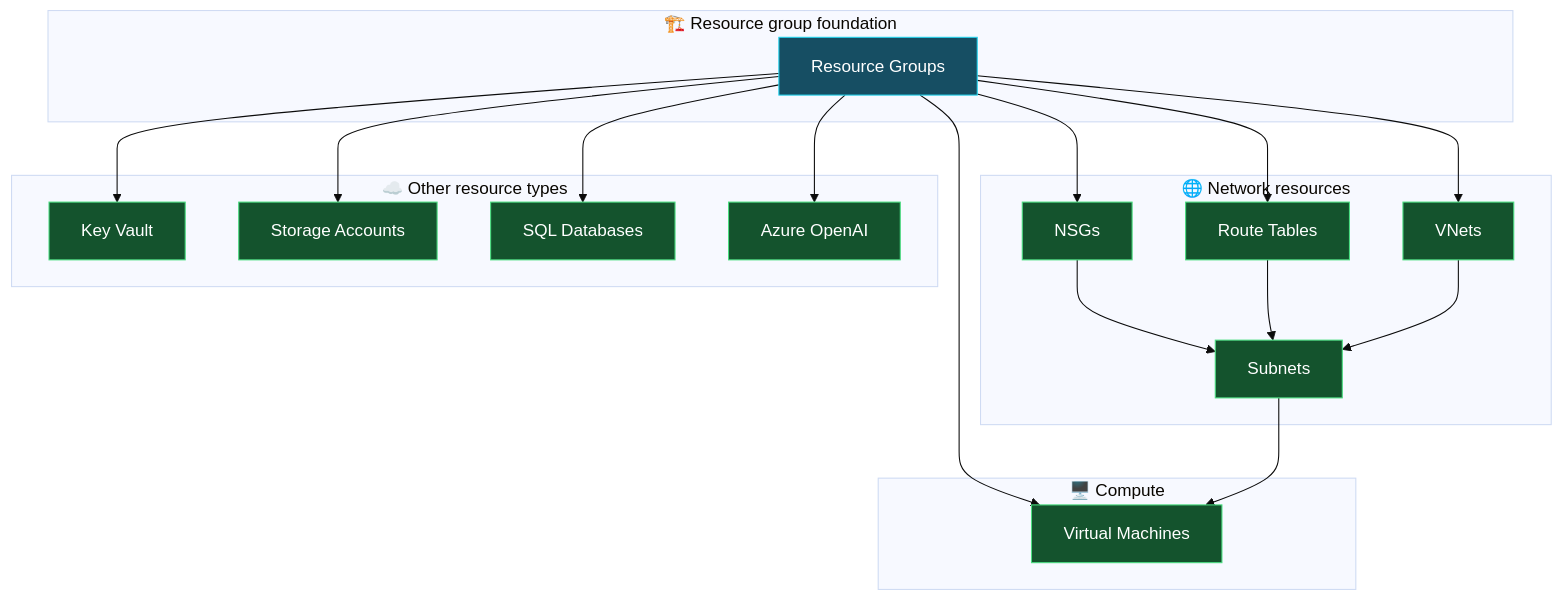
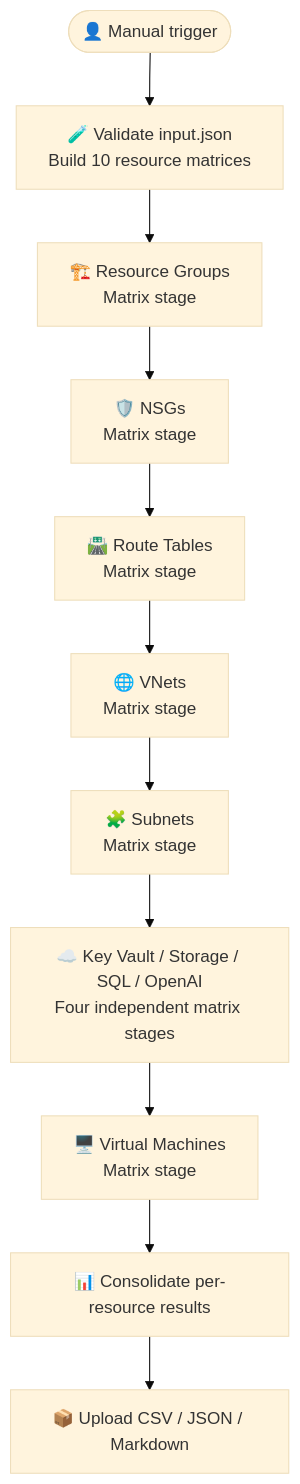
The second of 2 diagrams in README.md (PROMETHEUS-N/BIFROST), drawn with Mermaid (base theme) before and after one commit. The commit also changed other lines of this file, not shown here.

Commit message:
Document staged matrix deployment workflow

````diff
--- a/README.md
+++ b/README.md
@@ -165,42 +104,18 @@
 ```mermaid
 flowchart TD
-    subgraph BASE["🏗️ Resource group foundation"]
-        RG["Resource Groups"]
-    end
+    START(["👤 Manual trigger"])
+    PREP["🧪 Validate input.json<br/>Build 10 resource matrices"]
+    RG["🏗️ Resource Groups<br/>Matrix stage"]
+    NSG["🛡️ NSGs<br/>Matrix stage"]
+    RT["🛣️ Route Tables<br/>Matrix stage"]
+    VNET["🌐 VNets<br/>Matrix stage"]
+    SUBNET["🧩 Subnets<br/>Matrix stage"]
+    SERVICES["☁️ Key Vault / Storage / SQL / OpenAI<br/>Four independent matrix stages"]
+    VM["🖥️ Virtual Machines<br/>Matrix stage"]
+    REPORT["📊 Consolidate per-resource results"]
+    ARTIFACT["📦 Upload CSV / JSON / Markdown"]
 
-    subgraph NETWORK["🌐 Network resources"]
-        NSG["NSGs"]
-        RT["Route Tables"]
-        VNET["VNets"]
-        SUBNET["Subnets"]
-        NSG --> SUBNET
-        RT --> SUBNET
-        VNET --> SUBNET
-    end
-
-    subgraph INDEPENDENT["☁️ Other resource types"]
-        KV["Key Vault"]
-        STORAGE["Storage Accounts"]
-        SQL["SQL Databases"]
-        OAI["Azure OpenAI"]
-    end
-
-    subgraph COMPUTE["🖥️ Compute"]
-        VM["Virtual Machines"]
-    end
-
-    RG --> NSG
-    RG --> RT
-    RG --> VNET
-    RG --> KV
-    RG --> STORAGE
-    RG --> SQL
-    RG --> OAI
-    RG --> VM
-    SUBNET --> VM
-
-    classDef foundation fill:#164e63,color:#fff,stroke:#22d3ee
-    classDef resource fill:#14532d,color:#fff,stroke:#4ade80
-    class RG foundation
-    class NSG,RT,VNET,SUBNET,KV,STORAGE,SQL,OAI,VM resource
+    START --> PREP --> RG --> NSG --> RT --> VNET --> SUBNET
+    SUBNET --> SERVICES
+    SERVICES --> VM --> REPORT --> ARTIFACT
 ```
````
